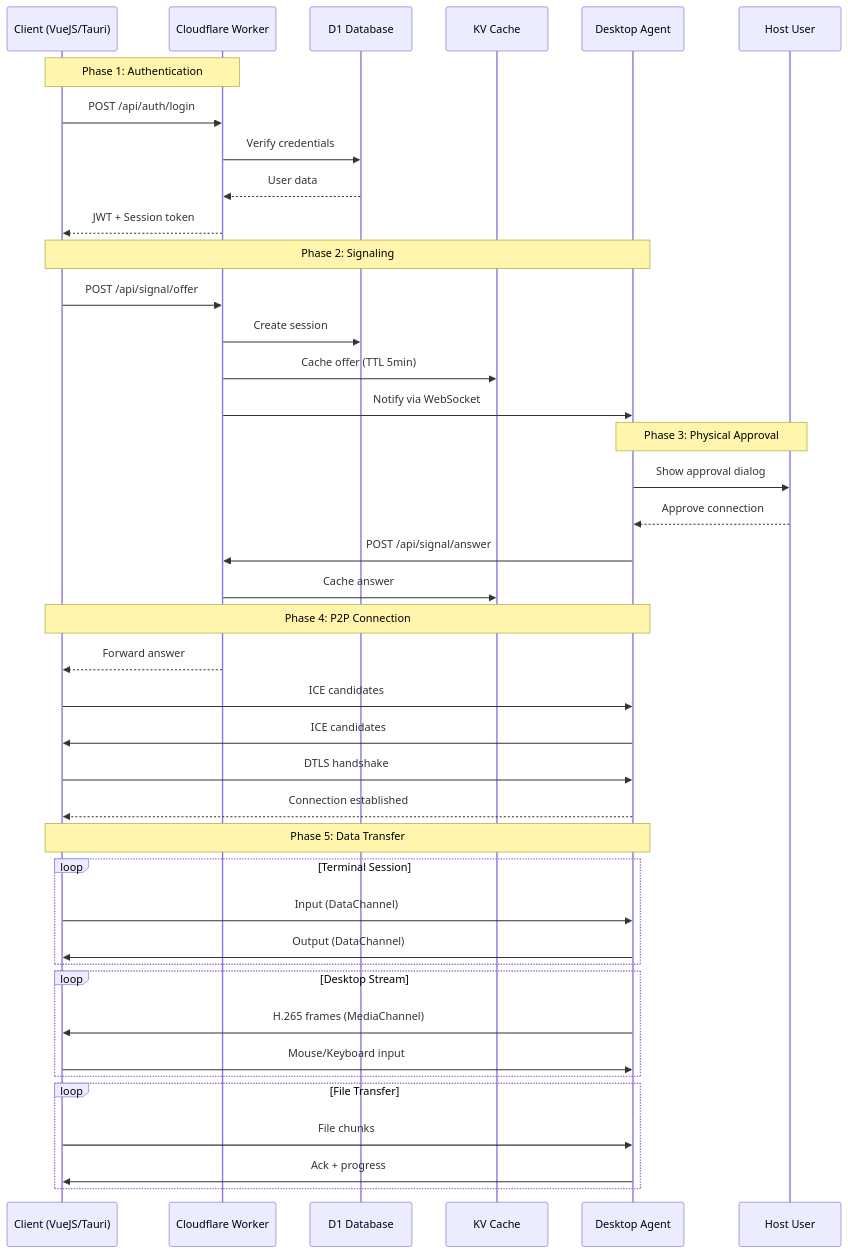
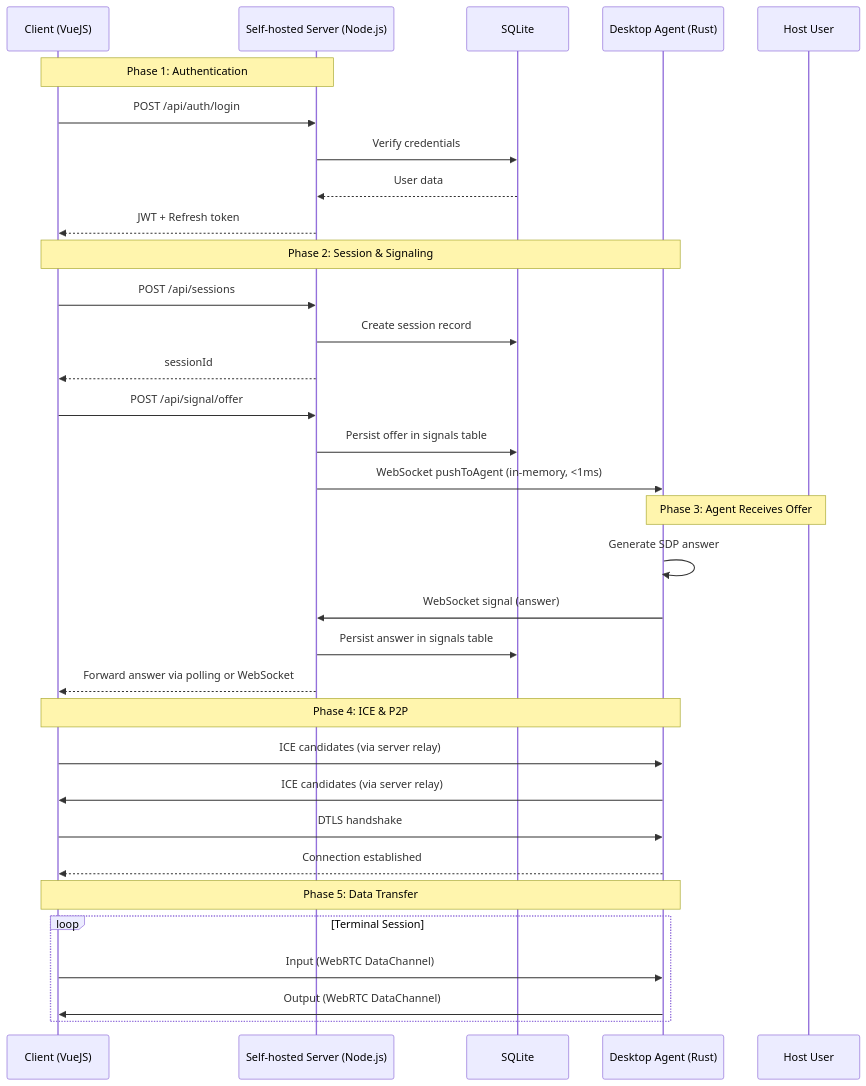
Before and after one commit to ngotuananh101/ponta-remote: the second of 4 diagrams in docs/ARCHITECTURE.md, drawn with Mermaid. The commit also changed other lines of this file and 9 other files, not shown here.

Commit message:
docs(all): update architecture, deployment guides, and CI/CD for self-hosted backend

````diff
--- a/docs/ARCHITECTURE.md
+++ b/docs/ARCHITECTURE.md
@@ -146,50 +183,41 @@
 ```mermaid
 sequenceDiagram
-    participant C as Client (VueJS/Tauri)
-    participant W as Cloudflare Worker
-    participant D1 as D1 Database
-    participant KV as KV Cache
-    participant H as Desktop Agent
+    participant C as Client (VueJS)
+    participant S as Self-hosted Server (Node.js)
+    participant DB as SQLite
+    participant H as Desktop Agent (Rust)
     participant U as Host User
-    
-    Note over C,W: Phase 1: Authentication
-    C->>W: POST /api/auth/login
-    W->>D1: Verify credentials
-    D1-->>W: User data
-    W-->>C: JWT + Session token
-    
-    Note over C,H: Phase 2: Signaling
-    C->>W: POST /api/signal/offer
-    W->>D1: Create session
-    W->>KV: Cache offer (TTL 5min)
-    W->>H: Notify via WebSocket
-    
-    Note over H,U: Phase 3: Physical Approval
-    H->>U: Show approval dialog
-    U-->>H: Approve connection
-    H->>W: POST /api/signal/answer
-    W->>KV: Cache answer
-    
-    Note over C,H: Phase 4: P2P Connection
-    W-->>C: Forward answer
-    C->>H: ICE candidates
-    H->>C: ICE candidates
+
+    Note over C,S: Phase 1: Authentication
+    C->>S: POST /api/auth/login
+    S->>DB: Verify credentials
+    DB-->>S: User data
+    S-->>C: JWT + Refresh token
+
+    Note over C,H: Phase 2: Session & Signaling
+    C->>S: POST /api/sessions
+    S->>DB: Create session record
+    S-->>C: sessionId
+
+    C->>S: POST /api/signal/offer
+    S->>DB: Persist offer in signals table
+    S->>H: WebSocket pushToAgent (in-memory, <1ms)
+
+    Note over H,U: Phase 3: Agent Receives Offer
+    H->>H: Generate SDP answer
+    H->>S: WebSocket signal (answer)
+    S->>DB: Persist answer in signals table
+    S-->>C: Forward answer via polling or WebSocket
+
+    Note over C,H: Phase 4: ICE & P2P
+    C->>H: ICE candidates (via server relay)
+    H->>C: ICE candidates (via server relay)
     C->>H: DTLS handshake
     H-->>C: Connection established
-    
+
     Note over C,H: Phase 5: Data Transfer
     loop Terminal Session
-        C->>H: Input (DataChannel)
-        H->>C: Output (DataChannel)
-    end
-    
-    loop Desktop Stream
-        H->>C: H.265 frames (MediaChannel)
-        C->>H: Mouse/Keyboard input
-    end
-    
-    loop File Transfer
-        C->>H: File chunks
-        H->>C: Ack + progress
+        C->>H: Input (WebRTC DataChannel)
+        H->>C: Output (WebRTC DataChannel)
     end
 ```
````
